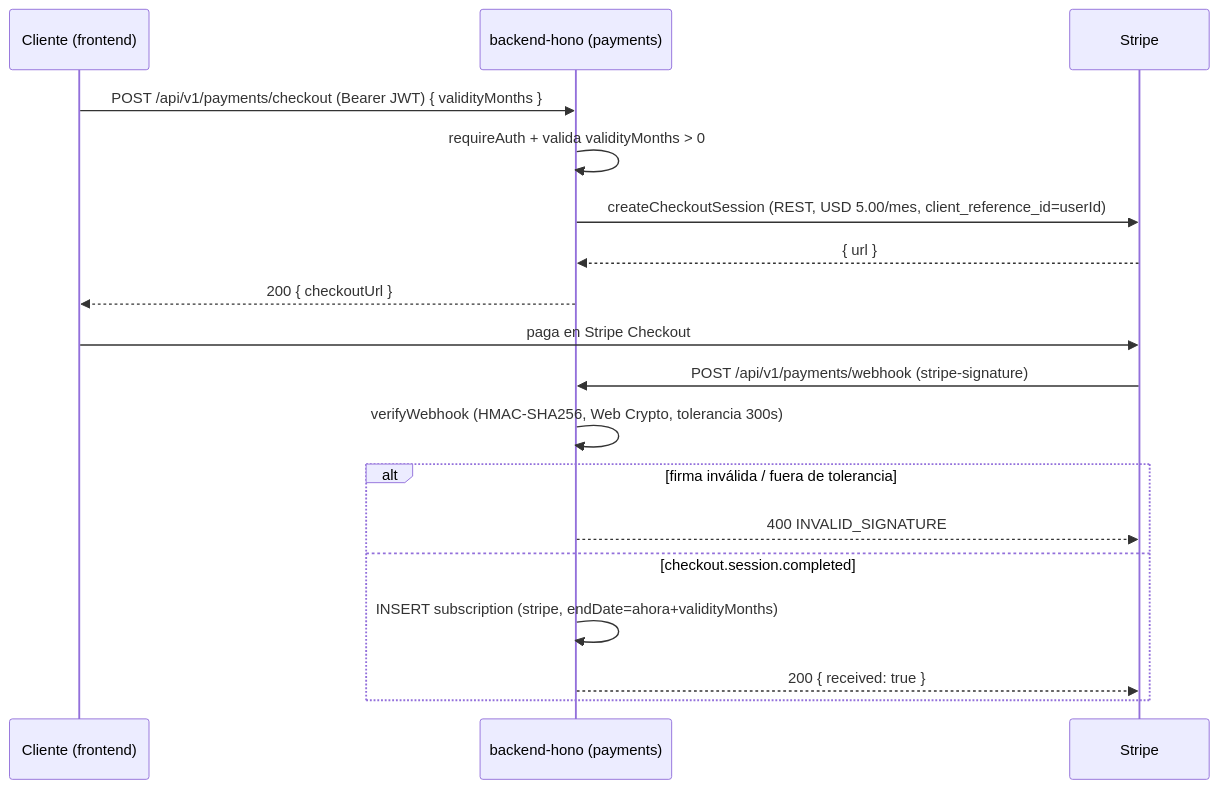
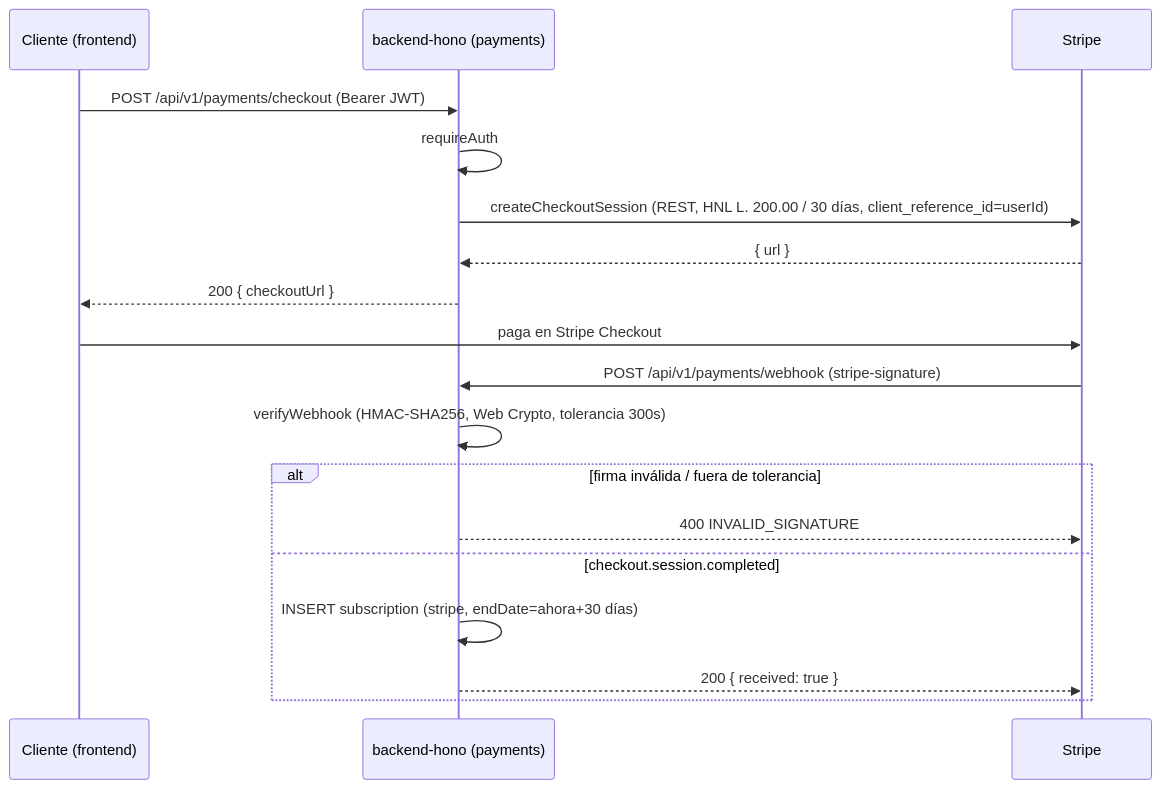
One commit to ogescoto/loto-honduras-analytics changed the diagram in docs/05_Procesos/Flujo_Pago_Online.md. Above: the diagram before and after it, drawn with Mermaid. The commit also changed other lines of this file and 2 other files, not shown here.

Commit message:
docs(obsidian): plan único L.200/30 días (HNL) y trial fijo de 15 días

````diff
--- a/docs/05_Procesos/Flujo_Pago_Online.md
+++ b/docs/05_Procesos/Flujo_Pago_Online.md
@@ -17,20 +17,20 @@
 ```mermaid
 sequenceDiagram
   participant C as Cliente (frontend)
   participant API as backend-hono (payments)
   participant S as Stripe
-  C->>API: POST /api/v1/payments/checkout (Bearer JWT) { validityMonths }
-  API->>API: requireAuth + valida validityMonths > 0
-  API->>S: createCheckoutSession (REST, USD 5.00/mes, client_reference_id=userId)
+  C->>API: POST /api/v1/payments/checkout (Bearer JWT)
+  API->>API: requireAuth
+  API->>S: createCheckoutSession (REST, HNL L. 200.00 / 30 días, client_reference_id=userId)
   S-->>API: { url }
   API-->>C: 200 { checkoutUrl }
   C->>S: paga en Stripe Checkout
   S->>API: POST /api/v1/payments/webhook (stripe-signature)
   API->>API: verifyWebhook (HMAC-SHA256, Web Crypto, tolerancia 300s)
   alt firma inválida / fuera de tolerancia
     API-->>S: 400 INVALID_SIGNATURE
   else checkout.session.completed
-    API->>API: INSERT subscription (stripe, endDate=ahora+validityMonths)
+    API->>API: INSERT subscription (stripe, endDate=ahora+30 días)
     API-->>S: 200 { received: true }
   end
 ```
````
